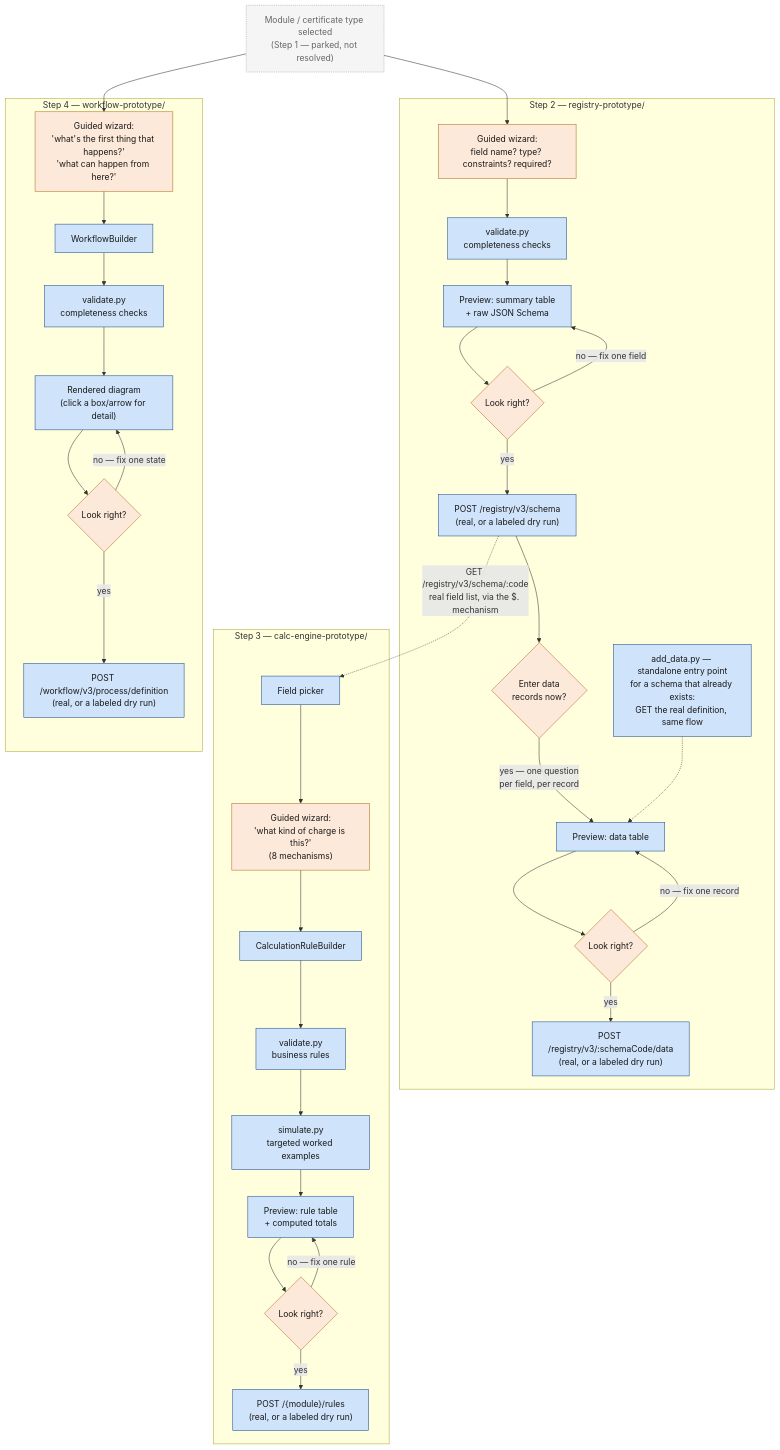
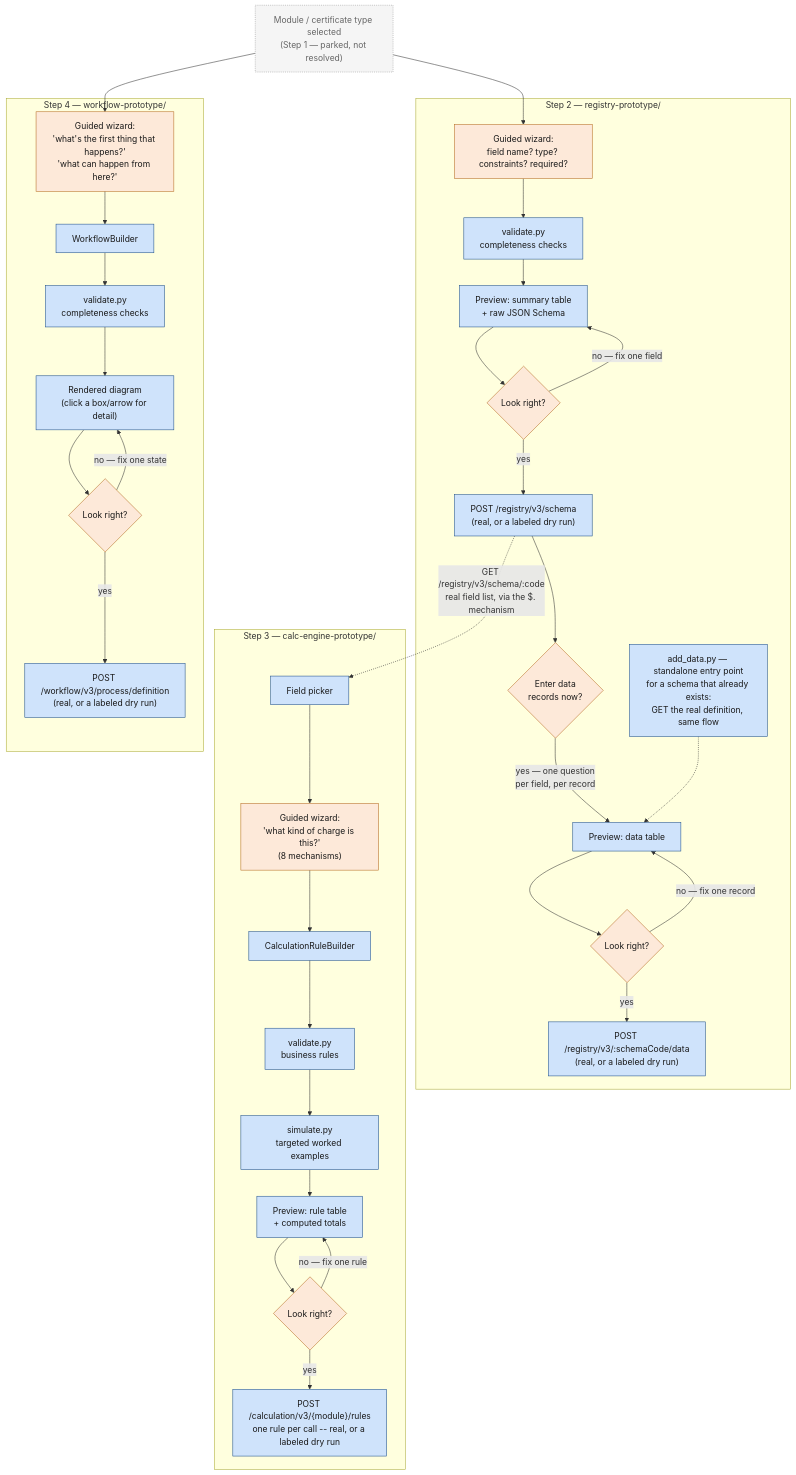
Before and after one commit to srujana-egov/policy-to-calc-spec: the diagram in DEMO-2026-07-15.md, drawn with Mermaid. The commit also changed other lines of this file and 7 other files, not shown here.

````diff
--- a/DEMO-2026-07-15.md
+++ b/DEMO-2026-07-15.md
@@ -39,47 +39,47 @@
 ```mermaid
 flowchart TD
     M["Module / certificate type selected<br/>(Step 1 — parked, not resolved)"]:::parked --> S2WIZ
     M --> S4A
 
     subgraph STEP2["Step 2 — registry-prototype/"]
         S2WIZ["Guided wizard:<br/>field name? type? constraints? required?"]:::human --> S2VAL
         S2VAL["validate.py<br/>completeness checks"]:::code --> S2PREVIEW
         S2PREVIEW["Preview: summary table<br/>+ raw JSON Schema"]:::code --> S2CONFIRM
         S2CONFIRM{"Look right?"}:::human
         S2CONFIRM -->|"no — fix one field"| S2PREVIEW
         S2CONFIRM -->|yes| S2W["POST /registry/v3/schema<br/>(real, or a labeled dry run)"]:::code
         S2W --> S2DATAQ{"Enter data<br/>records now?"}:::human
         S2DATAQ -->|"yes — one question<br/>per field, per record"| S2DATAPREVIEW["Preview: data table"]:::code --> S2DATACONFIRM
         S2DATACONFIRM{"Look right?"}:::human
         S2DATACONFIRM -->|"no — fix one record"| S2DATAPREVIEW
         S2DATACONFIRM -->|yes| S2DATAW["POST /registry/v3/:schemaCode/data<br/>(real, or a labeled dry run)"]:::code
         S2ADDDATA["add_data.py — standalone entry point<br/>for a schema that already exists:<br/>GET the real definition, same flow"]:::code -.-> S2DATAPREVIEW
     end
 
     subgraph STEP3["Step 3 — calc-engine-prototype/"]
         S2W -.->|"GET /registry/v3/schema/:code<br/>real field list, via the $. mechanism"| S3FIELD
         S3FIELD["Field picker"]:::code --> S3WIZ
         S3WIZ["Guided wizard:<br/>'what kind of charge is this?'<br/>(8 mechanisms)"]:::human --> S3BUILD
         S3BUILD["CalculationRuleBuilder"]:::code --> S3VAL
         S3VAL["validate.py<br/>business rules"]:::code --> S3SIM
         S3SIM["simulate.py<br/>targeted worked examples"]:::code --> S3PREVIEW
         S3PREVIEW["Preview: rule table<br/>+ computed totals"]:::code --> S3CONFIRM
         S3CONFIRM{"Look right?"}:::human
         S3CONFIRM -->|"no — fix one rule"| S3PREVIEW
-        S3CONFIRM -->|yes| S3W["POST /{module}/rules<br/>(real, or a labeled dry run)"]:::code
+        S3CONFIRM -->|yes| S3W["POST /calculation/v3/{module}/rules<br/>one rule per call -- real, or a labeled dry run"]:::code
     end
 
     subgraph STEP4["Step 4 — workflow-prototype/"]
         S4A["Guided wizard:<br/>'what's the first thing that happens?'<br/>'what can happen from here?'"]:::human --> S4BUILD
         S4BUILD["WorkflowBuilder"]:::code --> S4VAL
         S4VAL["validate.py<br/>completeness checks"]:::code --> S4DIAG
         S4DIAG["Rendered diagram<br/>(click a box/arrow for detail)"]:::code --> S4CONFIRM
         S4CONFIRM{"Look right?"}:::human
         S4CONFIRM -->|"no — fix one state"| S4DIAG
         S4CONFIRM -->|yes| S4W["POST /workflow/v3/process/definition<br/>(real, or a labeled dry run)"]:::code
     end
 
     classDef human fill:#fde9d9,stroke:#b56a1f,color:#1a1a1a
     classDef code fill:#cfe3fb,stroke:#1b4d89,color:#1a1a1a
     classDef parked fill:#f5f5f5,stroke:#999,color:#666,stroke-dasharray: 2 2
 ```
````
